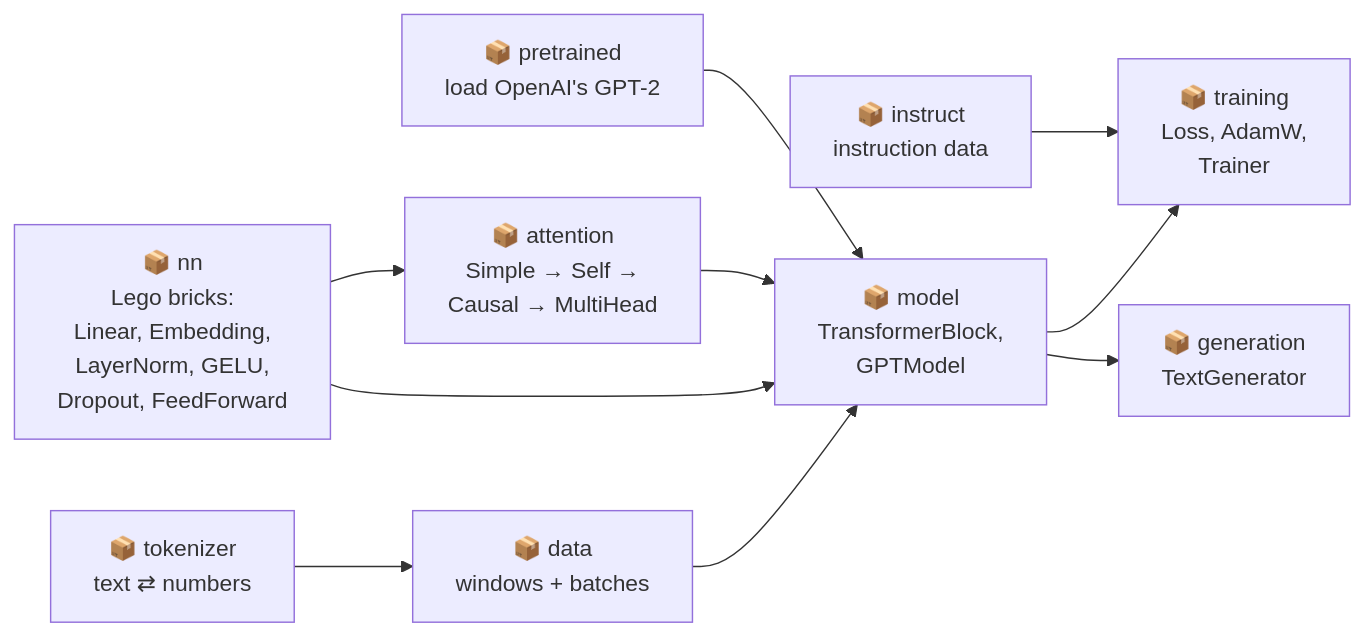
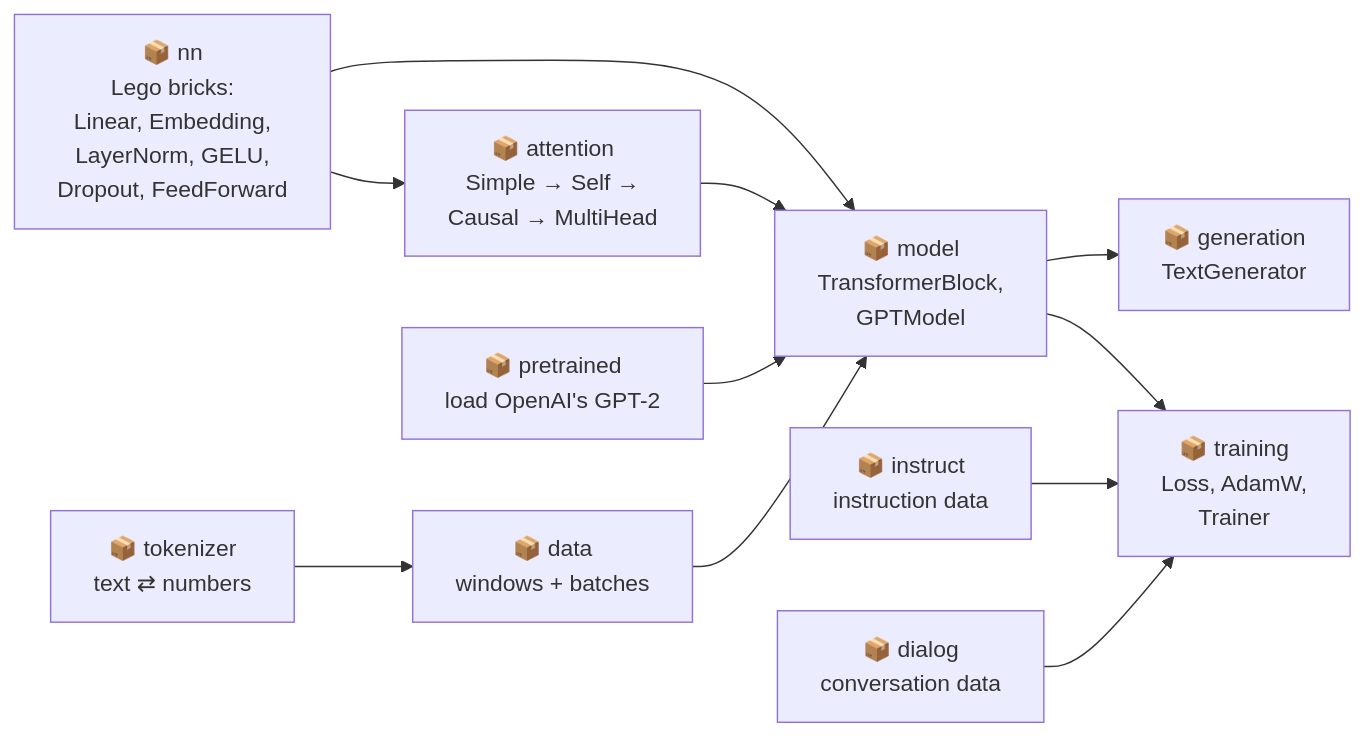
One commit to Ranjeet0611/tinygpt changed the third of 3 diagrams in README.md. Above: the diagram before and after it, drawn with Mermaid. The commit also changed other lines of this file and 78 other files, not shown here.

````diff
--- a/README.md
+++ b/README.md
@@ -143,12 +152,13 @@
 ```mermaid
 flowchart LR
     tokenizer["📦 tokenizer<br/>text ⇄ numbers"] --> data["📦 data<br/>windows + batches"]
     data --> model
     nn["📦 nn<br/>Lego bricks:<br/>Linear, Embedding,<br/>LayerNorm, GELU,<br/>Dropout, FeedForward"] --> attention["📦 attention<br/>Simple → Self →<br/>Causal → MultiHead"]
     nn --> model["📦 model<br/>TransformerBlock,<br/>GPTModel"]
     attention --> model
     model --> training["📦 training<br/>Loss, AdamW,<br/>Trainer"]
     model --> generation["📦 generation<br/>TextGenerator"]
     pretrained["📦 pretrained<br/>load OpenAI's GPT-2"] --> model
     instruct["📦 instruct<br/>instruction data"] --> training
+    dialog["📦 dialog<br/>conversation data"] --> training
 ```
````
